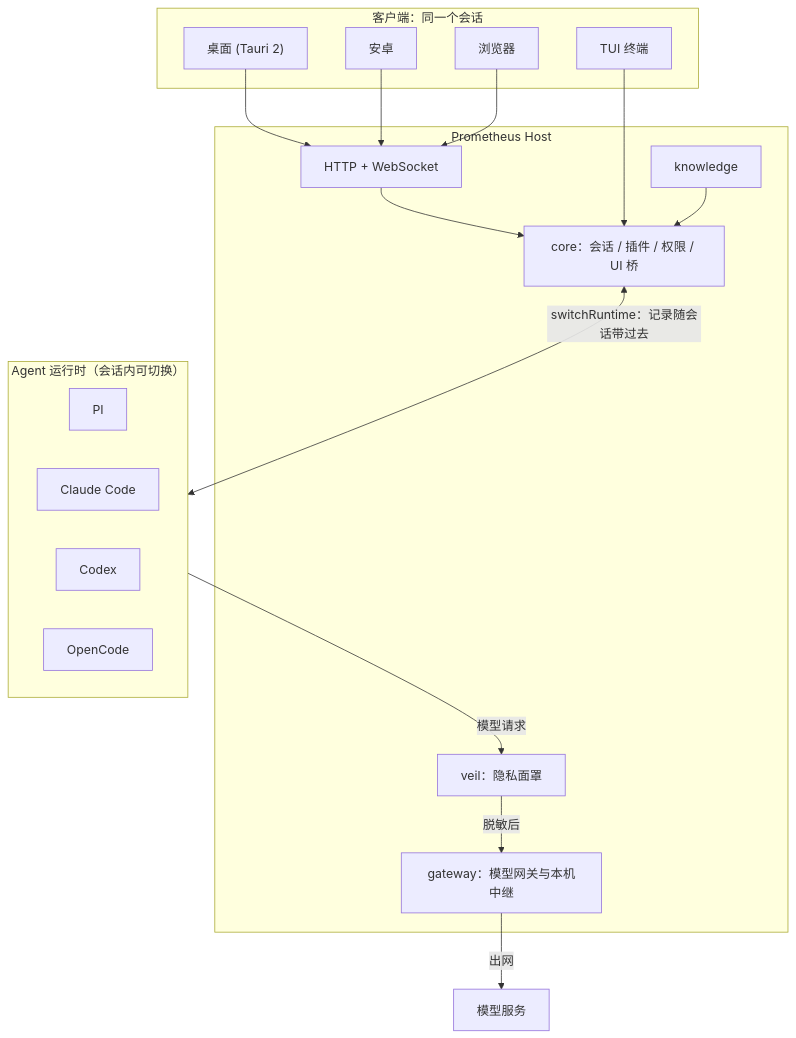
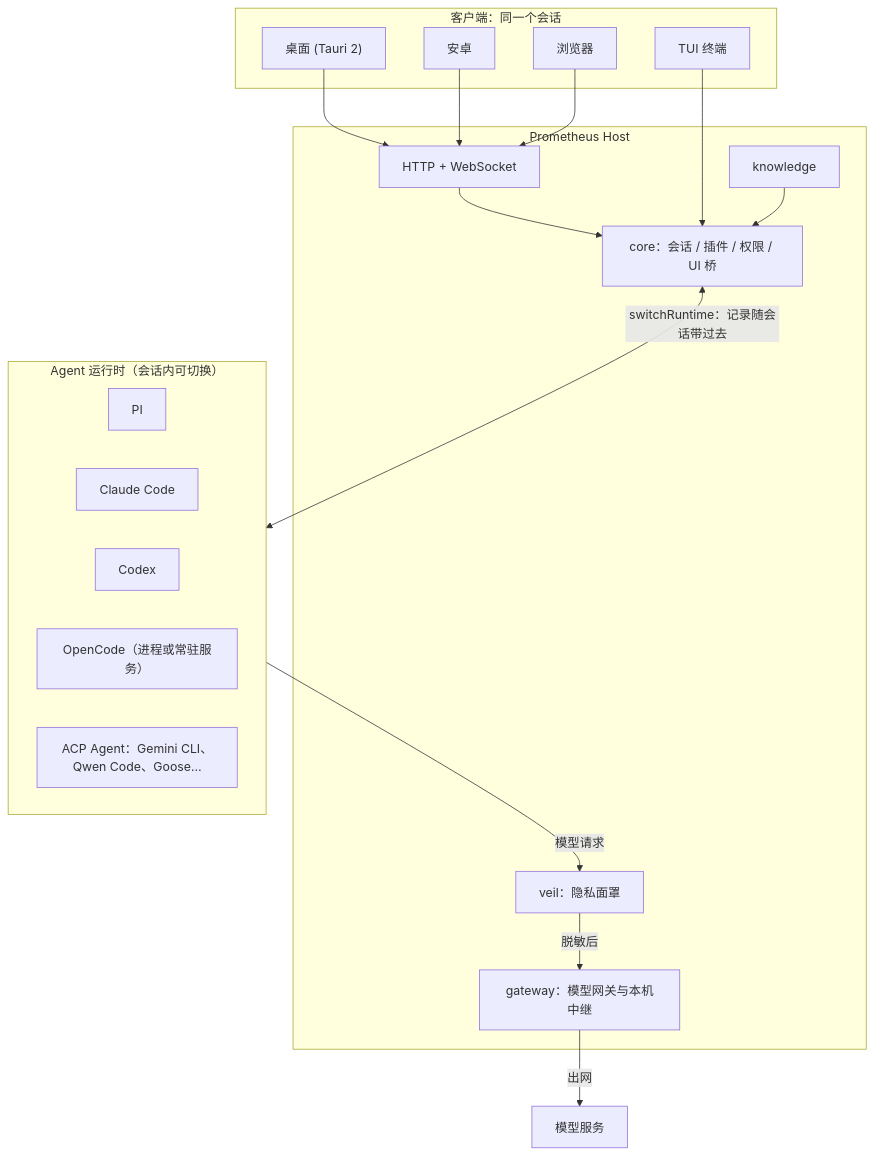
One commit to Mouseww/Prometheus changed the diagram in README.md. Above: the diagram before and after it, drawn with Mermaid. The commit also changed other lines of this file and 18 other files, not shown here.

Commit message:
docs: README for ACP agents, OpenCode server mode and the new agent switcher; promo assets

````diff
--- a/README.md
+++ b/README.md
@@ -80,30 +85,31 @@
 ```mermaid
 flowchart TB
   subgraph Clients["客户端：同一个会话"]
     TUI["TUI 终端"]
     Desktop["桌面 (Tauri 2)"]
     Android["安卓"]
     Browser["浏览器"]
   end
   subgraph Host["Prometheus Host"]
     WS["HTTP + WebSocket"]
     Core["core：会话 / 插件 / 权限 / UI 桥"]
     GW["gateway：模型网关与本机中继"]
     KB["knowledge"]
     Veil["veil：隐私面罩"]
   end
   Model["模型服务"]
   subgraph Runtimes["Agent 运行时（会话内可切换）"]
     PI["PI"]
     CC["Claude Code"]
     CX["Codex"]
-    OC["OpenCode"]
+    OC["OpenCode（进程或常驻服务）"]
+    ACP["ACP Agent：Gemini CLI、Qwen Code、Goose…"]
   end
   Desktop & Android & Browser --> WS --> Core
   TUI --> Core
   Core <-->|"switchRuntime：记录随会话带过去"| Runtimes
   Runtimes -->|"模型请求"| Veil
   Veil -->|"脱敏后"| GW
   GW -->|"出网"| Model
   KB --> Core
 ```
````
